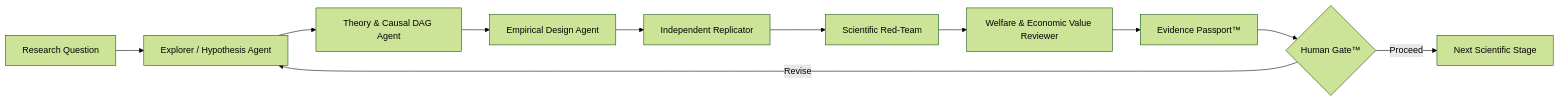
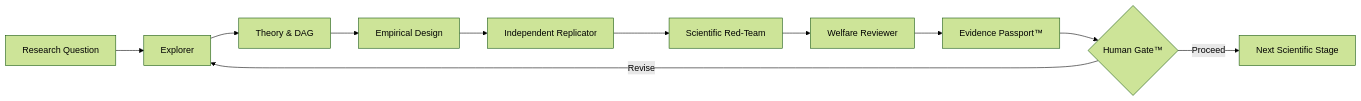
Before and after one commit to Saehon/Saeid-Homayoun: the diagram in README.md, drawn with Mermaid (forest theme). The commit also changed other lines of this file, not shown here.

Commit message:
Upgrade README with runnable research-grade AI-to-AI automation

````diff
--- a/README.md
+++ b/README.md
@@ -50,13 +46,13 @@
 ```mermaid
 flowchart LR
-    A[Research Question] --> B[Explorer / Hypothesis Agent]
-    B --> C[Theory & Causal DAG Agent]
-    C --> D[Empirical Design Agent]
+    A[Research Question] --> B[Explorer]
+    B --> C[Theory & DAG]
+    C --> D[Empirical Design]
     D --> E[Independent Replicator]
     E --> F[Scientific Red-Team]
-    F --> G[Welfare & Economic Value Reviewer]
+    F --> G[Welfare Reviewer]
     G --> H[Evidence Passport™]
     H --> I{Human Gate™}
     I -->|Revise| B
     I -->|Proceed| J[Next Scientific Stage]
 ```
````
